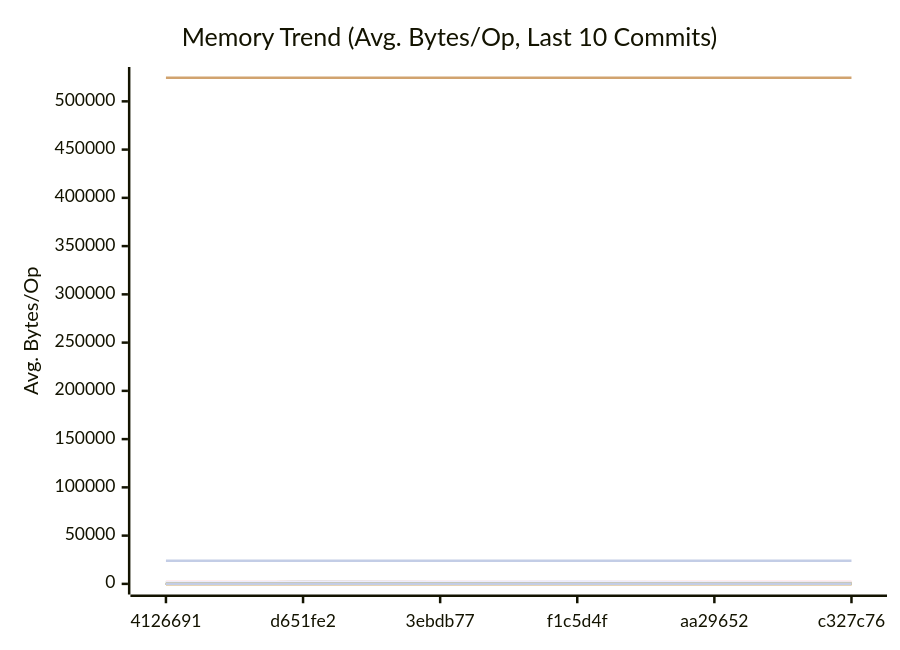
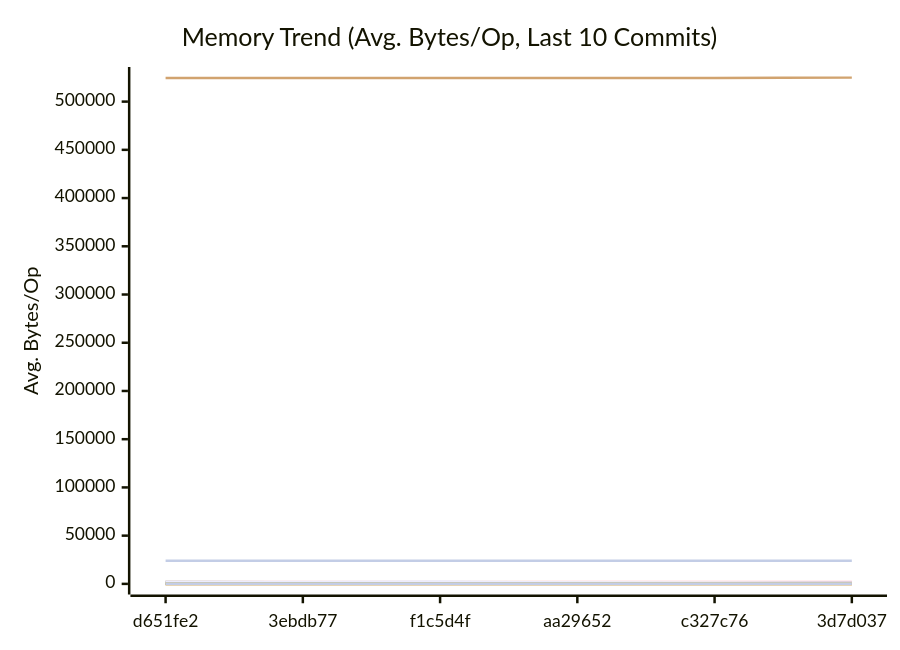
Before and after one commit to alsotoes/momo: the second of 3 diagrams in docs/PERFORMANCE.md, drawn with Mermaid. The commit also changed other lines of this file and 1 other file, not shown here.

````diff
--- a/docs/PERFORMANCE.md
+++ b/docs/PERFORMANCE.md
@@ -310,44 +310,44 @@
 ```mermaid
 xychart-beta
     title "Memory Trend (Avg. Bytes/Op, Last 10 Commits)"
     x-axis "Commit"
     y-axis "Avg. Bytes/Op"
-    x-axis [4126691,d651fe2,3ebdb77,f1c5d4f,aa29652,c327c76]
-    line "AWSChunkedReaderSigned" [88,100,107,110,64,68,46,98,80,70]
-    line "AWSChunkedReaderUnsigned" [95,109,105,108,49,63,59,75,91,78]
+    x-axis [d651fe2,3ebdb77,f1c5d4f,aa29652,c327c76,3d7d037]
+    line "AWSChunkedReaderSigned" [100,107,110,64,68,46,98,80,70,106]
+    line "AWSChunkedReaderUnsigned" [109,105,108,49,63,59,75,91,78,84]
     line "CheckMetricsAndSwap" [0,0,0,0,0,0,0,0,0,0]
     line "CrushOptimized" [0,0,0,0,0,0,0,0,0,0]
     line "CrushOriginal" [164,164,164,164,164,164,164,164,164,164]
-    line "FormatListObjectsV2XML_AppendFormat" [524483,524504,524463,524460,524580,524552,524871,524558,524474,524487]
+    line "FormatListObjectsV2XML_AppendFormat" [524504,524463,524460,524580,524552,524871,524558,524474,524487,524493]
     line "FormatListObjectsV2XML_OldFormat" [24000,24000,24000,24000,24000,24000,24000,24000,24000,24000]
-    line "HashBytes/1MiB" [190,206,280,205,138,157,137,195,139,187]
-    line "HashBytes/256MiB" [190,239,186,209,129,172,116,191,150,250]
-    line "HashBytes/64MiB" [246,242,209,232,132,172,107,132,159,198]
-    line "HashFile/1MiB" [214,232,152,244,127,148,121,187,160,251]
-    line "HashFile/256MiB" [152,190,211,261,126,156,118,177,172,188]
-    line "HashFile/64MiB" [193,195,190,258,120,142,102,169,207,193]
+    line "HashBytes/1MiB" [206,280,205,138,157,137,195,139,187,213]
+    line "HashBytes/256MiB" [239,186,209,129,172,116,191,150,250,237]
+    line "HashBytes/64MiB" [242,209,232,132,172,107,132,159,198,175]
+    line "HashFile/1MiB" [232,152,244,127,148,121,187,160,251,167]
+    line "HashFile/256MiB" [190,211,261,126,156,118,177,172,188,165]
+    line "HashFile/64MiB" [195,190,258,120,142,102,169,207,193,175]
     line "IndexDirectTracking" [0,0,0,0,0,0,0,0,0,0]
     line "IndexSearch" [0,0,0,0,0,0,0,0,0,0]
     line "LastModifiedHeader_AppendFormat" [0,0,0,0,0,0,0,0,0,0]
     line "LastModifiedHeader_Format" [32,32,32,32,32,32,32,32,32,32]
     line "LoadGlobalConfig" [1976,1976,1976,1976,1976,1976,1976,1976,1976,1976]
-    line "LocalWrite/1MiB" [1626,1829,1794,1712,592,751,950,1339,1557,1077]
-    line "LocalWrite/256MiB" [1665,2131,2012,2499,1674,1356,986,1532,1495,1600]
-    line "LocalWrite/64MiB" [1495,1896,2009,2371,1365,1282,1194,1597,1782,1648]
+    line "LocalWrite/1MiB" [1829,1794,1712,592,751,950,1339,1557,1077,1130]
+    line "LocalWrite/256MiB" [2131,2012,2499,1674,1356,986,1532,1495,1600,1673]
+    line "LocalWrite/64MiB" [1896,2009,2371,1365,1282,1194,1597,1782,1648,1456]
     line "PadString" [64,64,64,64,64,64,64,64,64,64]
     line "ParseReplicationOrder_NoPrealloc" [408,408,408,408,408,248,248,248,248,248]
     line "ParseReplicationOrder_Prealloc" [240,240,240,240,240,80,80,80,80,80]
     line "Placement" [352,352,352,352,352,352,352,352,352,352]
     line "PlacementDomainSpread" [352,352,352,352,352,352,352,352,352,352]
-    line "ReadVerify/1MiB" [159,210,218,304,186,157,86,185,136,220]
-    line "ReadVerify/256MiB" [228,177,262,214,154,147,118,177,204,219]
-    line "ReadVerify/64MiB" [225,199,226,239,179,155,126,175,148,315]
-    line "S3PutSpool/1MiB" [197,205,252,163,115,110,85,134,125,122]
-    line "S3PutSpool/256MiB" [151,201,247,206,112,111,101,149,123,148]
-    line "S3PutSpool/64MiB" [166,167,219,190,127,103,99,156,168,183]
+    line "ReadVerify/1MiB" [210,218,304,186,157,86,185,136,220,179]
+    line "ReadVerify/256MiB" [177,262,214,154,147,118,177,204,219,127]
+    line "ReadVerify/64MiB" [199,226,239,179,155,126,175,148,315,131]
+    line "S3PutSpool/1MiB" [205,252,163,115,110,85,134,125,122,170]
+    line "S3PutSpool/256MiB" [201,247,206,112,111,101,149,123,148,219]
+    line "S3PutSpool/64MiB" [167,219,190,127,103,99,156,168,183,168]
     line "SanitizeLog/Safe" [0,0,0,0,0,0,0,0,0,0]
     line "SanitizeLog/Unsafe" [704,704,704,704,704,704,704,704,704,704]
-    line "TrustedRead/1MiB" [205,178,279,221,125,140,108,186,217,246]
-    line "TrustedRead/256MiB" [213,230,219,184,123,110,83,160,128,226]
-    line "TrustedRead/64MiB" [199,192,233,169,124,113,70,144,220,225]
+    line "TrustedRead/1MiB" [178,279,221,125,140,108,186,217,246,135]
+    line "TrustedRead/256MiB" [230,219,184,123,110,83,160,128,226,212]
+    line "TrustedRead/64MiB" [192,233,169,124,113,70,144,220,225,161]
 ```
````
